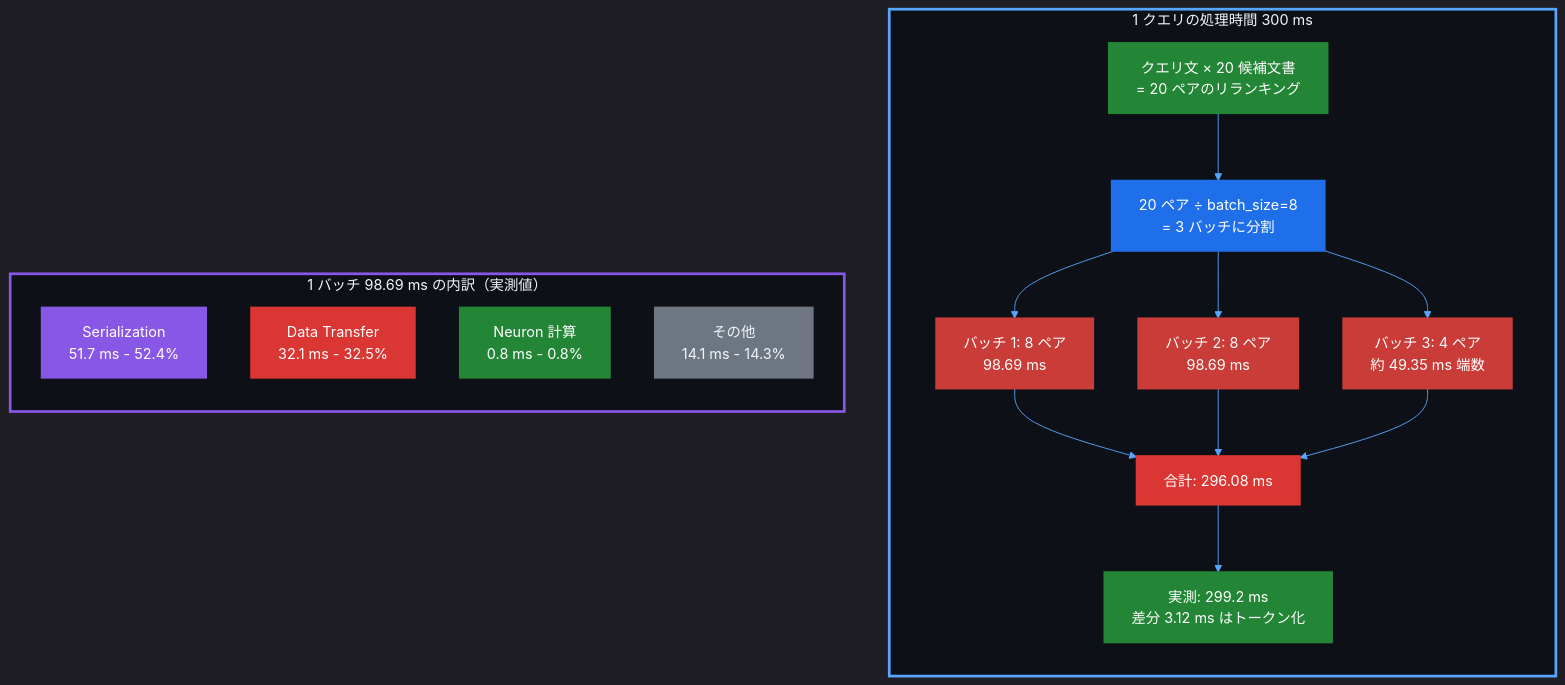
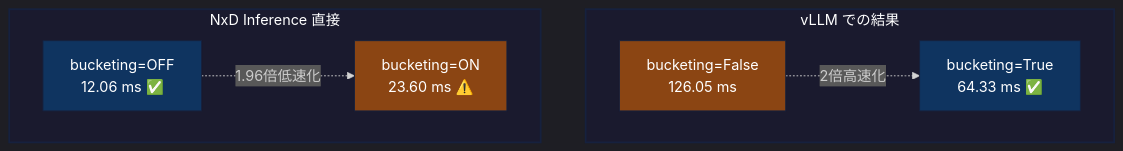
Before and after one commit to littlemex/zenn: the third of 4 diagrams in articles/8d7643da66042e.md, drawn with Mermaid. The commit also changed other lines of this file, not shown here.

````diff
--- a/articles/8d7643da66042e.md
+++ b/articles/8d7643da66042e.md
@@ -549,38 +470,18 @@
 ```mermaid
-%%{init: {'theme':'dark','themeVariables': {'darkMode': true, 'background': '#0d1117', 'primaryColor': '#58a6ff', 'primaryTextColor': '#f0f6fc', 'primaryBorderColor': '#58a6ff', 'lineColor': '#58a6ff', 'secondaryColor': '#58a6ff', 'tertiaryColor': '#58a6ff', 'fontSize': '16px'}}}%%
-flowchart TB
-    subgraph query["1 クエリの処理時間 300 ms"]
-        direction TB
-        Q["クエリ文 × 20 候補文書<br/>= 20 ペアのリランキング"]
-        Q --> D["20 ペア ÷ batch_size=8<br/>= 3 バッチに分割"]
-        D --> B1["バッチ 1: 8 ペア<br/>98.69 ms"]
-        D --> B2["バッチ 2: 8 ペア<br/>98.69 ms"]
-        D --> B3["バッチ 3: 4 ペア<br/>約 49.35 ms 端数"]
-        B1 --> T["合計: 296.08 ms"]
-        B2 --> T
-        B3 --> T
-        T --> R["実測: 299.2 ms<br/>差分 3.12 ms はトークン化"]
+%%{init: {'theme':'dark'}}%%
+graph TD
+    subgraph vLLM["vLLM での結果"]
+        A1["bucketing=False<br/>126.05 ms"] -.->|2倍高速化| A2["bucketing=True<br/>64.33 ms ✅"]
     end
 
-    subgraph batch["1 バッチ 98.69 ms の内訳（実測値）"]
-        direction TB
-        S["Serialization<br/>51.7 ms - 52.4%"]
-        DT["Data Transfer<br/>32.1 ms - 32.5%"]
-        NC["Neuron 計算<br/>0.8 ms - 0.8%"]
-        O["その他<br/>14.1 ms - 14.3%"]
+    subgraph NxD["NxD Inference 直接"]
+        B1["bucketing=OFF<br/>12.06 ms ✅"] -.->|1.96倍低速化| B2["bucketing=ON<br/>23.60 ms ⚠️"]
     end
 
-    style query fill:#0d1117,stroke:#58a6ff,stroke-width:3px,color:#f0f6fc
-    style batch fill:#0d1117,stroke:#8957e5,stroke-width:3px,color:#f0f6fc
-    style Q fill:#238636,stroke:#238636,stroke-width:2px,color:#ffffff
-    style D fill:#1f6feb,stroke:#1f6feb,stroke-width:2px,color:#ffffff
-    style B1 fill:#c93c37,stroke:#c93c37,stroke-width:2px,color:#ffffff
-    style B2 fill:#c93c37,stroke:#c93c37,stroke-width:2px,color:#ffffff
-    style B3 fill:#c93c37,stroke:#c93c37,stroke-width:2px,color:#ffffff
-    style T fill:#da3633,stroke:#da3633,stroke-width:2px,color:#ffffff
-    style R fill:#238636,stroke:#238636,stroke-width:2px,color:#ffffff
-    style S fill:#8957e5,stroke:#8957e5,stroke-width:2px,color:#ffffff
-    style DT fill:#da3633,stroke:#da3633,stroke-width:2px,color:#ffffff
-    style NC fill:#238636,stroke:#238636,stroke-width:2px,color:#ffffff
-    style O fill:#6e7681,stroke:#6e7681,stroke-width:2px,color:#f0f6fc
+    style vLLM fill:#1a1a2e,stroke:#16213e,stroke-width:2px,color:#fff
+    style NxD fill:#1a1a2e,stroke:#16213e,stroke-width:2px,color:#fff
+    style A1 fill:#8b4513,stroke:#16213e,color:#fff
+    style A2 fill:#0f3460,stroke:#16213e,color:#fff
+    style B1 fill:#0f3460,stroke:#16213e,color:#fff
+    style B2 fill:#8b4513,stroke:#16213e,color:#fff
 ```
````
